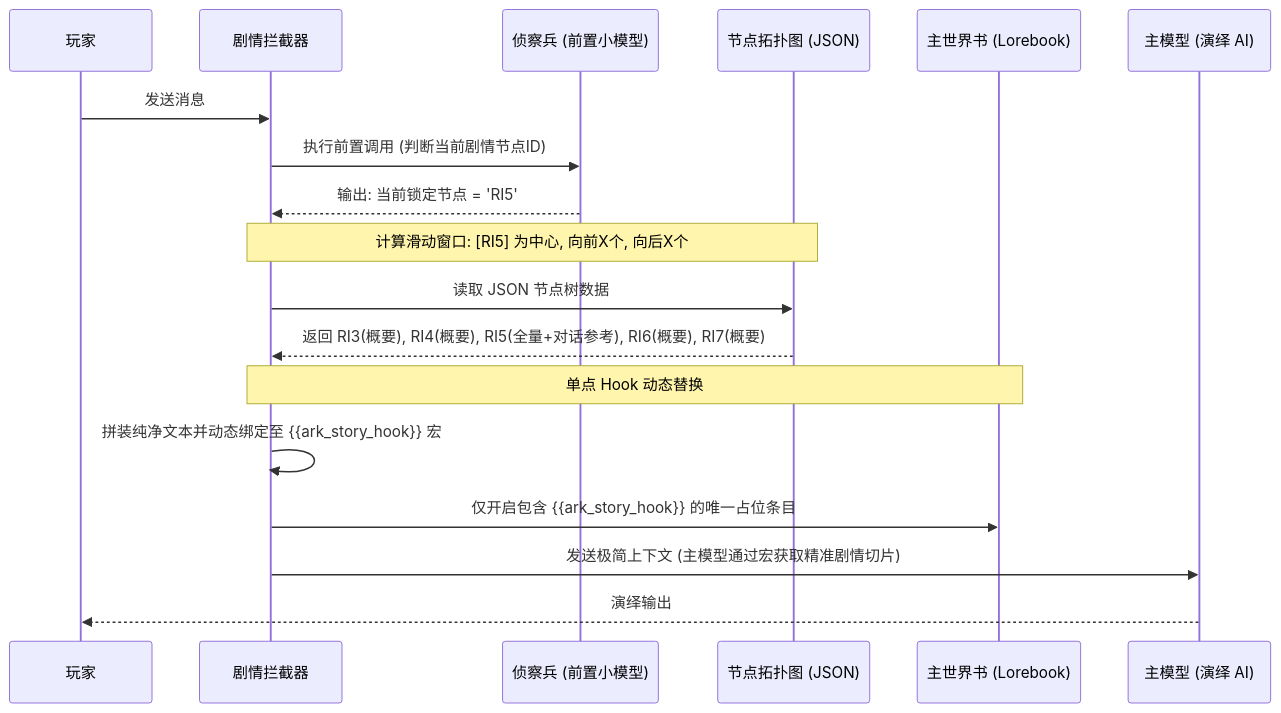
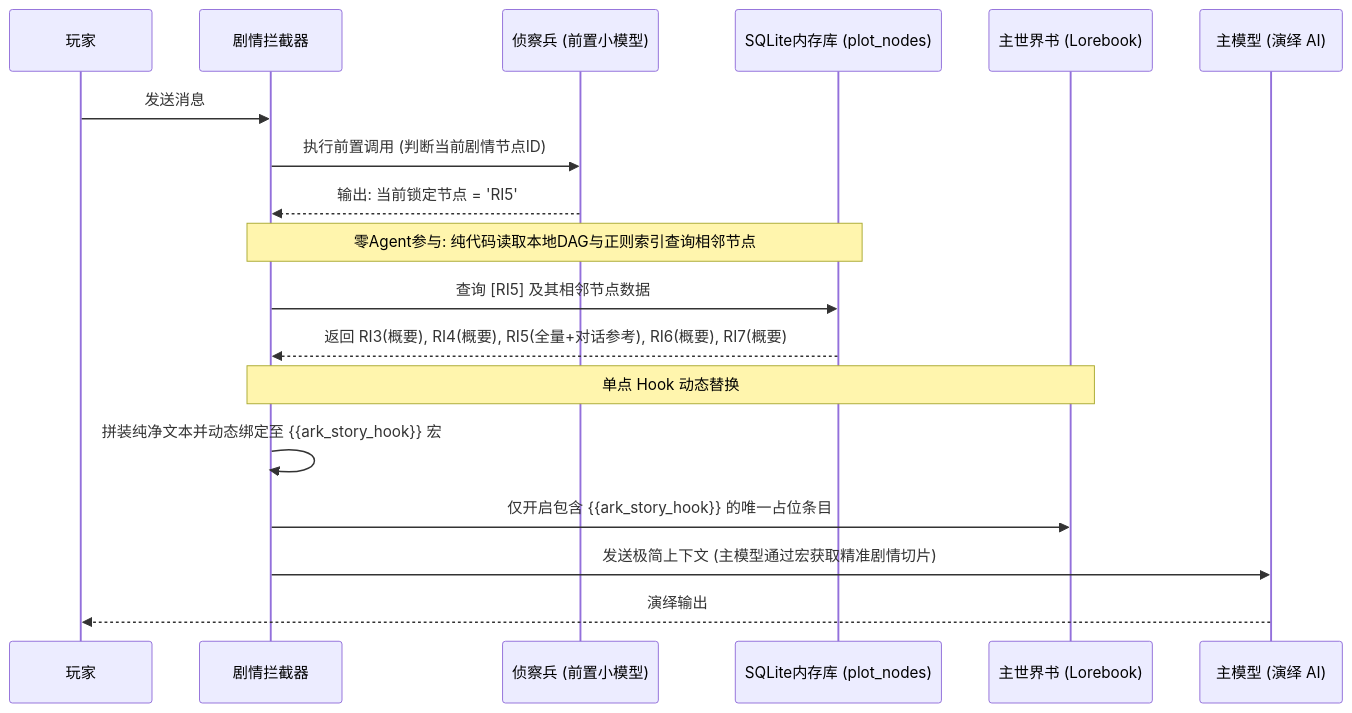
One commit to TonyDG233/ST_Ark_StatusBar changed the third of 3 diagrams in src/sandbox_shujuku/2_技术规格与核心设计/2_2_剧情自动化双轨加载模式规格书.md. Above: the diagram before and after it, drawn with Mermaid. The commit also changed other lines of this file and 2 other files, not shown here.

````diff
--- a/src/sandbox_shujuku/2_技术规格与核心设计/2_2_剧情自动化双轨加载模式规格书.md
+++ b/src/sandbox_shujuku/2_技术规格与核心设计/2_2_剧情自动化双轨加载模式规格书.md
@@ -76,24 +76,24 @@
 ```mermaid
 sequenceDiagram
     participant User as 玩家
     participant Interceptor as 剧情拦截器
     participant PreAgent as 侦察兵 (前置小模型)
-    participant AST as 节点拓扑图 (JSON)
+    participant SQLite as SQLite内存库 (plot_nodes)
     participant Host as 主世界书 (Lorebook)
     participant MainAgent as 主模型 (演绎 AI)
 
     User->>Interceptor: 发送消息
     Interceptor->>PreAgent: 执行前置调用 (判断当前剧情节点ID)
     PreAgent-->>Interceptor: 输出: 当前锁定节点 = 'RI5'
     
-    Note over Interceptor, AST: 计算滑动窗口: [RI5] 为中心, 向前X个, 向后X个
-    Interceptor->>AST: 读取 JSON 节点树数据
-    AST-->>Interceptor: 返回 RI3(概要), RI4(概要), RI5(全量+对话参考), RI6(概要), RI7(概要)
+    Note over Interceptor, SQLite: 零Agent参与: 纯代码读取本地DAG与正则索引查询相邻节点
+    Interceptor->>SQLite: 查询 [RI5] 及其相邻节点数据
+    SQLite-->>Interceptor: 返回 RI3(概要), RI4(概要), RI5(全量+对话参考), RI6(概要), RI7(概要)
     
     Note over Interceptor, Host: 单点 Hook 动态替换
     Interceptor->>Interceptor: 拼装纯净文本并动态绑定至 {{ark_story_hook}} 宏
     Interceptor->>Host: 仅开启包含 {{ark_story_hook}} 的唯一占位条目
     
     Interceptor->>MainAgent: 发送极简上下文 (主模型通过宏获取精准剧情切片)
     MainAgent-->>User: 演绎输出
 ```
````
